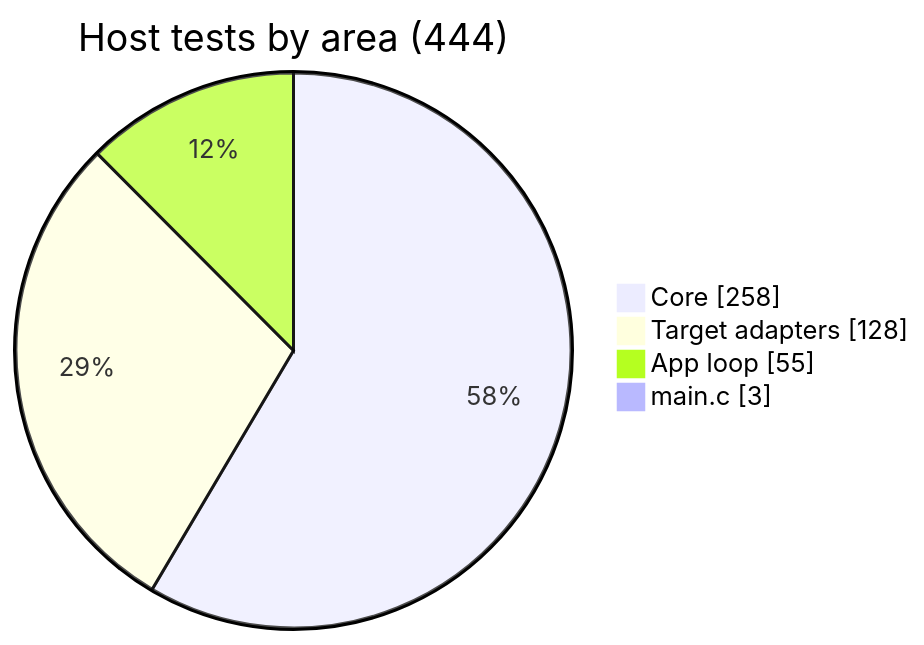
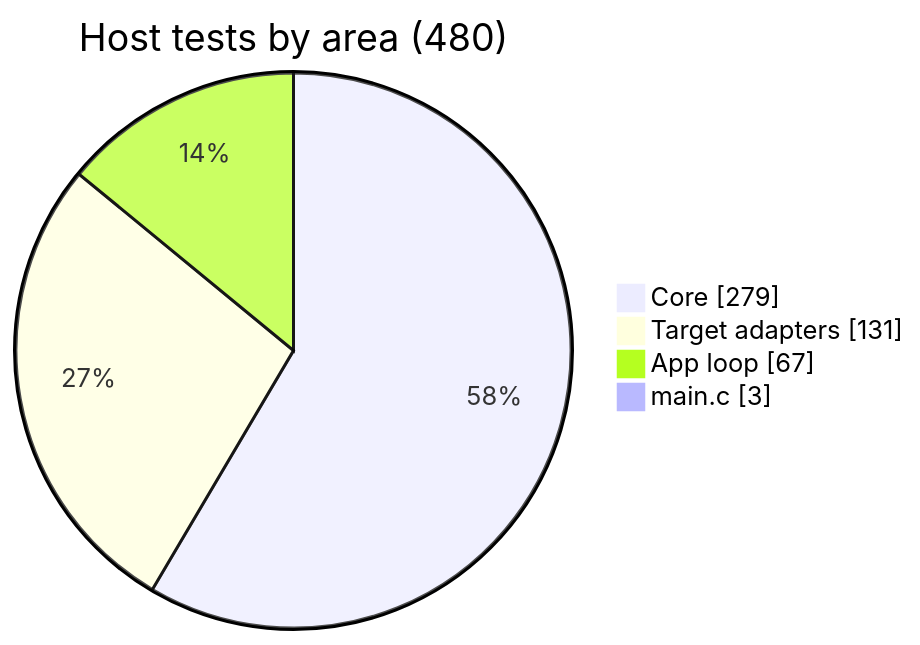
Diagram 24 of 27 in docs/ARCHITECTURE.md (BonelessPig/nano_sequencer), drawn with Mermaid before and after one commit. The commit also changed other lines of this file and 32 other files, not shown here.

````diff
--- a/docs/ARCHITECTURE.md
+++ b/docs/ARCHITECTURE.md
@@ -1114,8 +1176,8 @@
 ```mermaid
 pie showData
-    title Host tests by area (444)
-    "Core" : 258
-    "Target adapters" : 128
-    "App loop" : 55
+    title Host tests by area (480)
+    "Core" : 279
+    "Target adapters" : 131
+    "App loop" : 67
     "main.c" : 3
 ```
````
